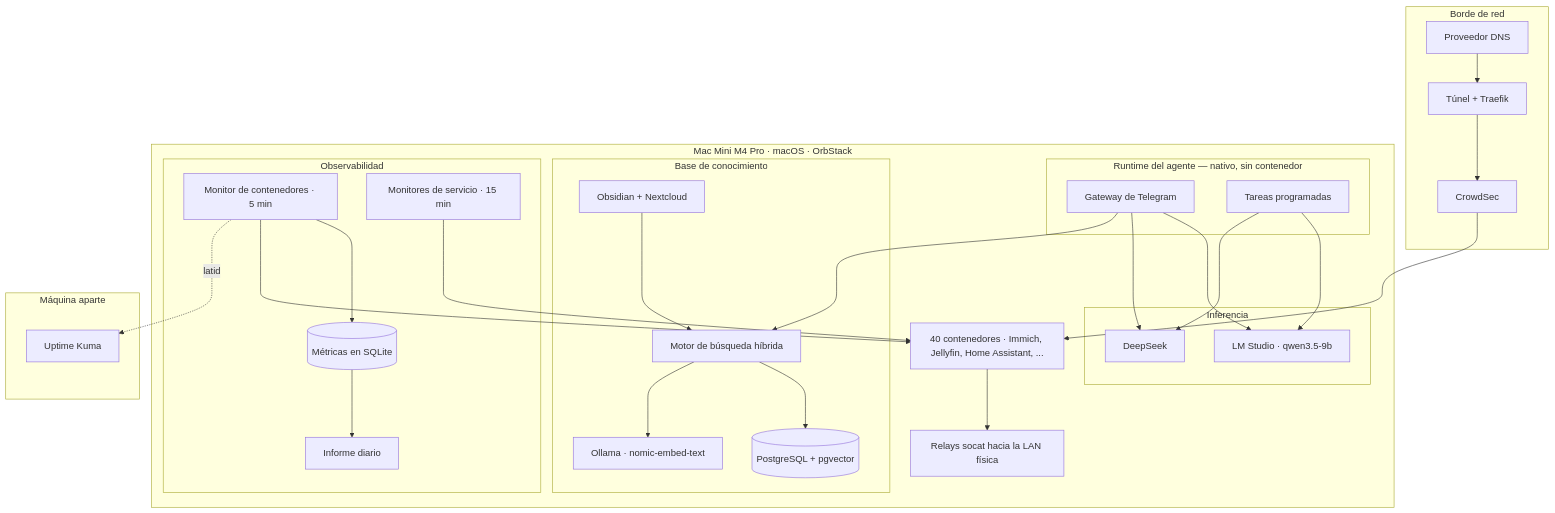
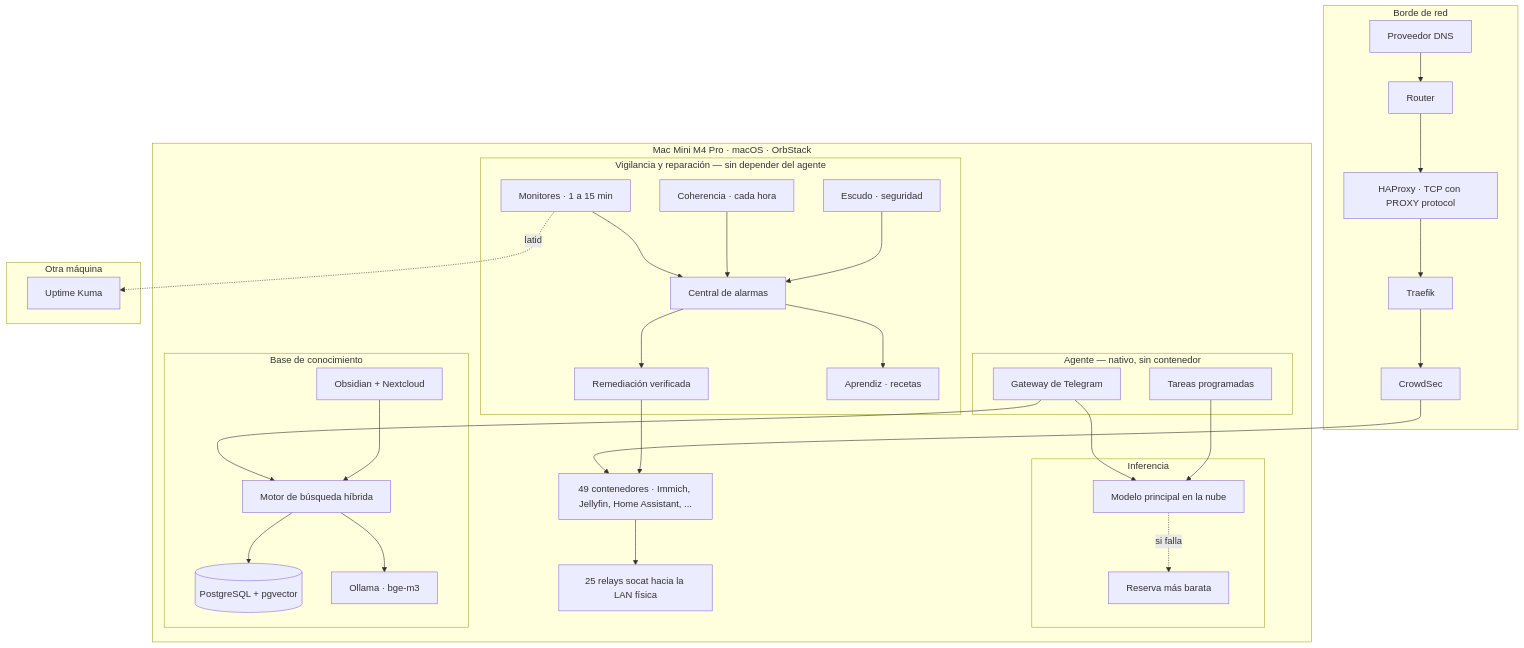
The first of 2 diagrams in docs/architecture.md (miquelblanch/homelab-ai-platform), drawn with Mermaid before and after one commit. The commit also changed other lines of this file and 9 other files, not shown here.

````diff
--- a/docs/architecture.md
+++ b/docs/architecture.md
@@ -41,56 +41,61 @@
 ```mermaid
 flowchart TB
     subgraph edge["Borde de red"]
-        CF[Proveedor DNS] --> TUN[Túnel + Traefik]
-        TUN --> WAF[CrowdSec]
+        CF[Proveedor DNS] --> RT[Router]
+        RT --> HAP[HAProxy · TCP con PROXY protocol]
+        HAP --> TR[Traefik]
+        TR --> WAF[CrowdSec]
     end
 
     subgraph host["Mac Mini M4 Pro · macOS · OrbStack"]
-        subgraph agent["Runtime del agente — nativo, sin contenedor"]
+        subgraph agent["Agente — nativo, sin contenedor"]
             GW[Gateway de Telegram]
             CRON[Tareas programadas]
         end
 
         subgraph models["Inferencia"]
-            LOCAL[LM Studio · qwen3.5-9b]
-            CLOUD[DeepSeek]
+            CLOUD[Modelo principal en la nube]
+            RES[Reserva más barata]
         end
 
         subgraph rag["Base de conocimiento"]
             GB[Motor de búsqueda híbrida]
             SRC[Obsidian + Nextcloud]
             PG[(PostgreSQL + pgvector)]
-            EMB[Ollama · nomic-embed-text]
+            EMB[Ollama · bge-m3]
         end
 
-        subgraph obs["Observabilidad"]
-            DM[Monitor de contenedores · 5 min]
-            HM[Monitores de servicio · 15 min]
-            SQL[(Métricas en SQLite)]
-            RPT[Informe diario]
+        subgraph obs["Vigilancia y reparación — sin depender del agente"]
+            MON[Monitores · 1 a 15 min]
+            CEN[Central de alarmas]
+            REM[Remediación verificada]
+            APR[Aprendiz · recetas]
+            COH[Coherencia · cada hora]
+            ESC[Escudo · seguridad]
         end
 
-        APPS[40 contenedores · Immich, Jellyfin, Home Assistant, ...]
-        RELAY[Relays socat hacia la LAN física]
+        APPS[49 contenedores · Immich, Jellyfin, Home Assistant, ...]
+        RELAY[25 relays socat hacia la LAN física]
     end
 
-    subgraph ext["Máquina aparte"]
+    subgraph ext["Otra máquina"]
         KUMA[Uptime Kuma]
     end
 
     WAF --> APPS
-    GW --> LOCAL
     GW --> CLOUD
+    CLOUD -.si falla.-> RES
     GW --> GB
-    CRON --> LOCAL
     CRON --> CLOUD
     GB --> PG
     GB --> EMB
     SRC --> GB
-    DM --> SQL
-    DM --> APPS
-    HM --> APPS
-    SQL --> RPT
+    MON --> CEN
+    CEN --> REM
+    CEN --> APR
+    COH --> CEN
+    ESC --> CEN
+    REM --> APPS
     APPS --> RELAY
-    DM -.latido.-> KUMA
+    MON -.latido.-> KUMA
 ```
````
